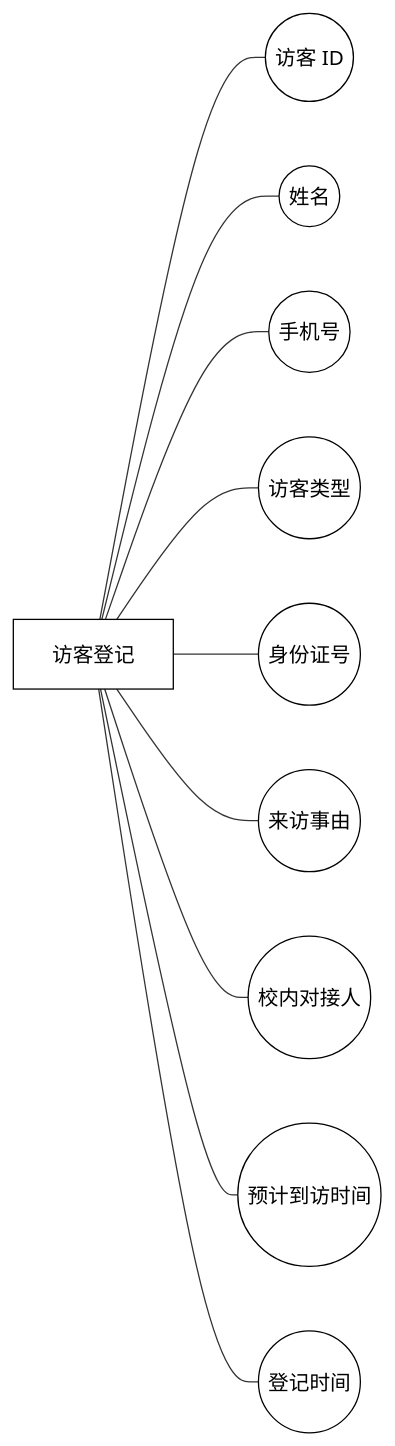
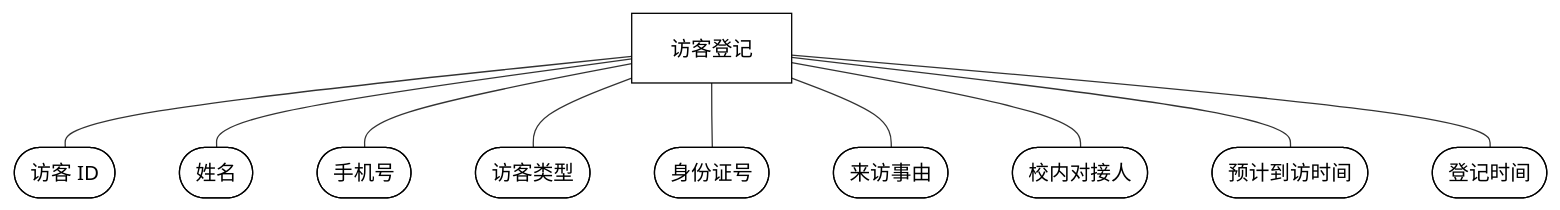
Before and after one commit to carl-Tu/campus-management: diagram 26 of 31 in docs/功能需求分析与用例图.md, drawn with Mermaid. The commit also changed other lines of this file, not shown here.

Commit message:
docs：E-R图字段改为椭圆形，结构改为实体在上、字段在下的上下结构

````diff
--- a/docs/功能需求分析与用例图.md
+++ b/docs/功能需求分析与用例图.md
@@ -973,26 +973,26 @@
 ```mermaid
-flowchart LR
+flowchart TD
   E["访客登记"]
-  A1((访客 ID))
-  A2((姓名))
-  A3((手机号))
-  A4((访客类型))
-  A5((身份证号))
-  A6((来访事由))
-  A7((校内对接人))
-  A8((预计到访时间))
-  A9((登记时间))
+  A1([访客 ID])
+  A2([姓名])
+  A3([手机号])
+  A4([访客类型])
+  A5([身份证号])
+  A6([来访事由])
+  A7([校内对接人])
+  A8([预计到访时间])
+  A9([登记时间])
 
   E --- A1
   E --- A2
   E --- A3
   E --- A4
   E --- A5
   E --- A6
   E --- A7
   E --- A8
   E --- A9
 
   classDef box fill:#ffffff,stroke:#000000,stroke-width:1px,color:#000000
   class E,A1,A2,A3,A4,A5,A6,A7,A8,A9 box
 ```
````
